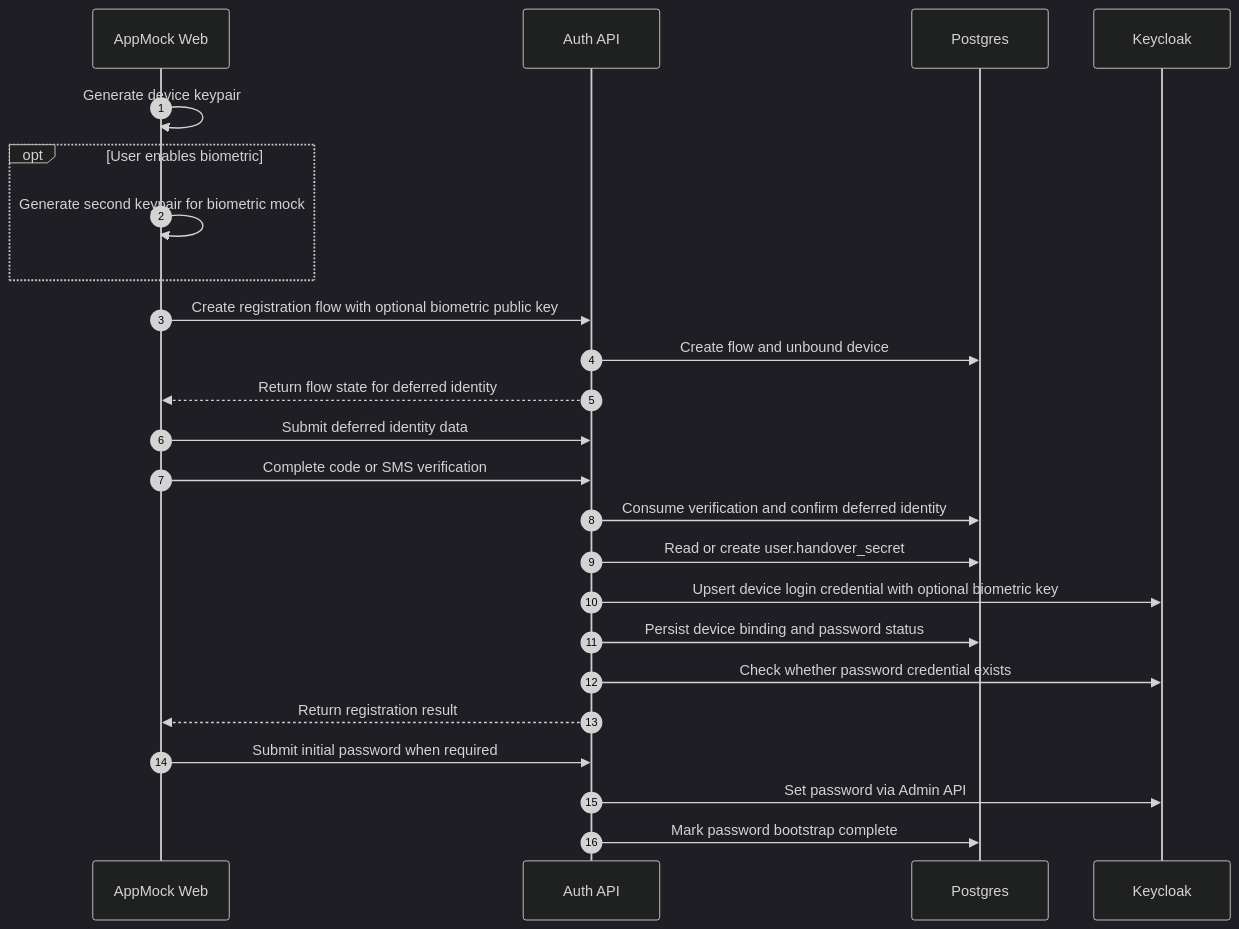
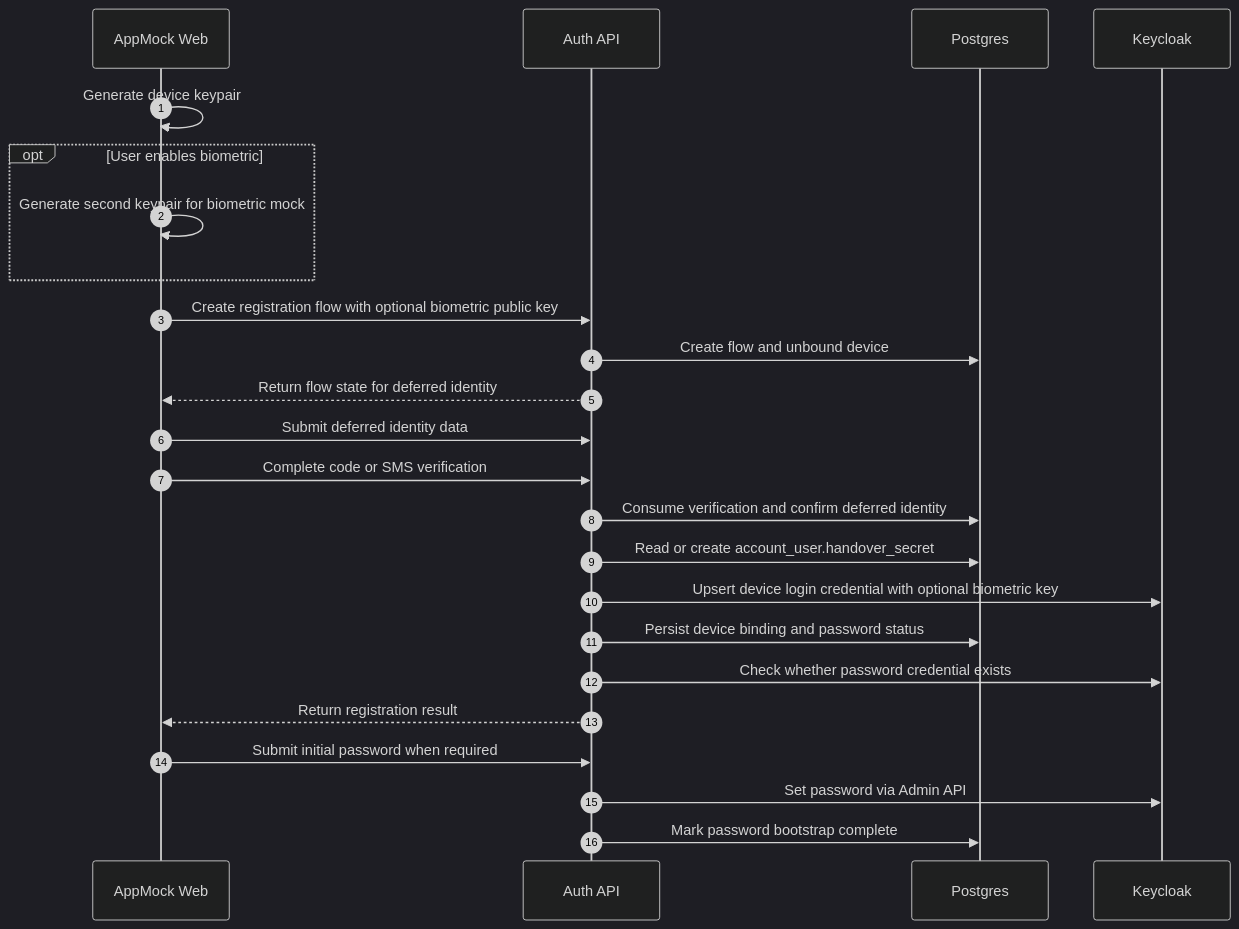
Before and after one commit to rpreissel/auth-sandbox-2: the diagram in docs/diagrams/sequences/device-registration-and-password-bootstrap/README.md, drawn with Mermaid (dark theme). The commit also changed other lines of this file and 9 other files, not shown here.

````diff
--- a/docs/diagrams/sequences/device-registration-and-password-bootstrap/README.md
+++ b/docs/diagrams/sequences/device-registration-and-password-bootstrap/README.md
@@ -11,27 +11,27 @@
 ```mermaid
 sequenceDiagram
   autonumber
   participant App as AppMock Web
   participant Auth as Auth API
   participant DB as Postgres
   participant KC as Keycloak
 
   App->>App: Generate device keypair
   opt User enables biometric
     App->>App: Generate second keypair for biometric mock
   end
   App->>Auth: Create registration flow with optional biometric public key
   Auth->>DB: Create flow and unbound device
   Auth-->>App: Return flow state for deferred identity
   App->>Auth: Submit deferred identity data
   App->>Auth: Complete code or SMS verification
   Auth->>DB: Consume verification and confirm deferred identity
-  Auth->>DB: Read or create user.handover_secret
+  Auth->>DB: Read or create account_user.handover_secret
   Auth->>KC: Upsert device login credential with optional biometric key
   Auth->>DB: Persist device binding and password status
   Auth->>KC: Check whether password credential exists
   Auth-->>App: Return registration result
   App->>Auth: Submit initial password when required
   Auth->>KC: Set password via Admin API
   Auth->>DB: Mark password bootstrap complete
 ```
````
